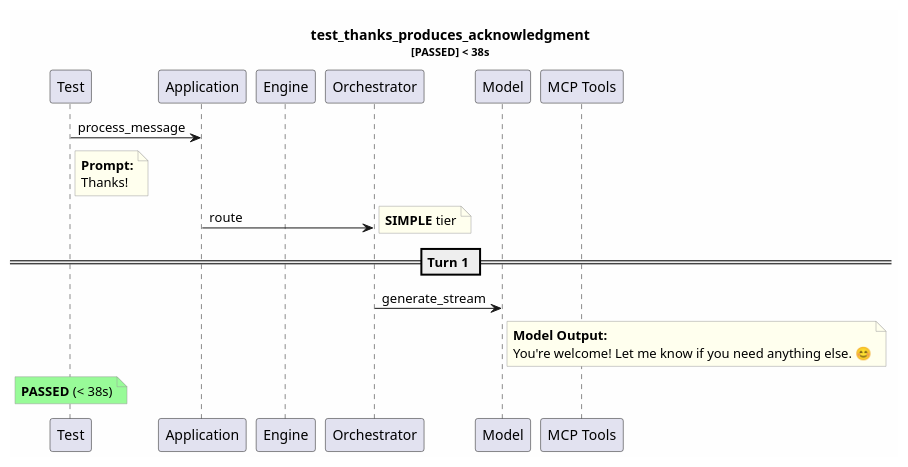
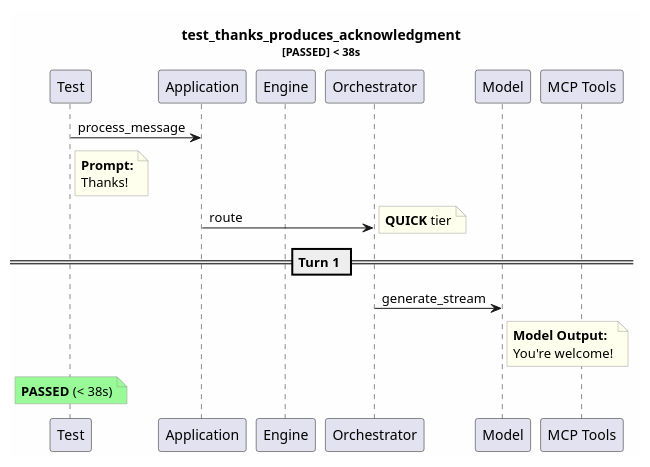
One commit to tvanfossen/entropic changed the diagram in test-reports/logs/test_thanks_produces_acknowledgment/test_thanks_produces_acknowledgment.puml. Above: the diagram before and after it, drawn with PlantUML. The commit also changed 142 other files, not shown here.

```diff
--- a/test-reports/logs/test_thanks_produces_acknowledgment/test_thanks_produces_acknowledgment.puml
+++ b/test-reports/logs/test_thanks_produces_acknowledgment/test_thanks_produces_acknowledgment.puml
@@ -1,31 +1,31 @@
 @startuml
 skinparam backgroundColor #FEFEFE
 skinparam noteBorderColor #999999
 skinparam noteBackgroundColor #FFFFEE
 title test_thanks_produces_acknowledgment\n<size:11>[PASSED] < 38s</size>
 
 participant "Test" as T
 participant "Application" as App
 participant "Engine" as Eng
 participant "Orchestrator" as Orch
 participant "Model" as Mdl
 participant "MCP Tools" as MCP
 
 T -> App: process_message
 note right of T
   **Prompt:**
   Thanks!
 end note
 App -> Orch: route
-note right: **SIMPLE** tier
+note right: **QUICK** tier
 == Turn 1 ==
 Orch -> Mdl: generate_stream
 note right of Mdl
   **Model Output:**
-  You're welcome! Let me know if you need anything else. 😊
+  You're welcome!
 end note
 note over T #palegreen
   **PASSED** (< 38s)
 end note
 
 @enduml
```
